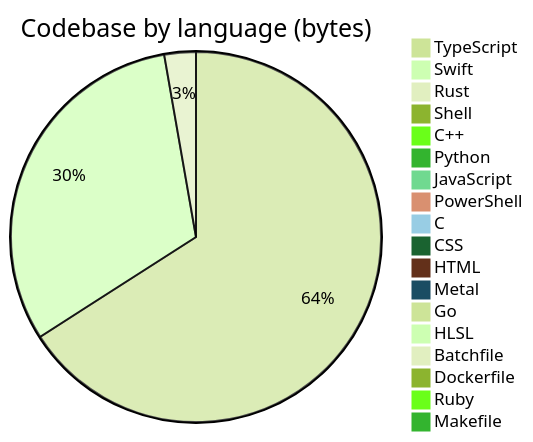
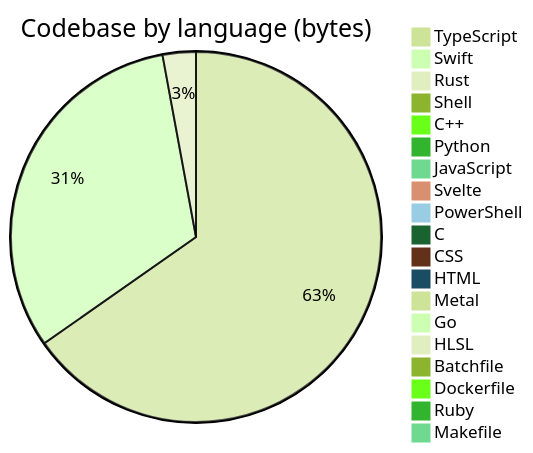
Before and after one commit to Open330/.github: the diagram in profile/README.md, drawn with Mermaid (forest theme). The commit also changed other lines of this file, not shown here.

````diff
--- a/profile/README.md
+++ b/profile/README.md
@@ -127,21 +130,22 @@
 ```mermaid
 pie title Codebase by language (bytes)
-    "TypeScript" : 34135645
-    "Swift" : 16211680
-    "Rust" : 1425413
+    "TypeScript" : 34188191
+    "Swift" : 16673252
+    "Rust" : 1518262
     "Shell" : 472359
     "C++" : 388775
-    "Python" : 297604
-    "JavaScript" : 242073
+    "Python" : 297585
+    "JavaScript" : 242649
+    "Svelte" : 143451
     "PowerShell" : 128198
     "C" : 114143
-    "CSS" : 84495
-    "HTML" : 34594
+    "CSS" : 91645
+    "HTML" : 36084
     "Metal" : 33033
     "Go" : 22811
     "HLSL" : 7527
     "Batchfile" : 5870
     "Dockerfile" : 4893
     "Ruby" : 1554
     "Makefile" : 1150
 ```
````
